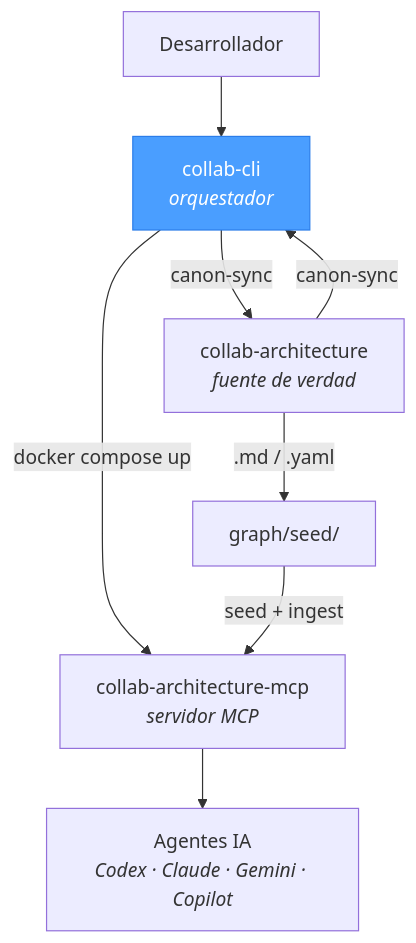
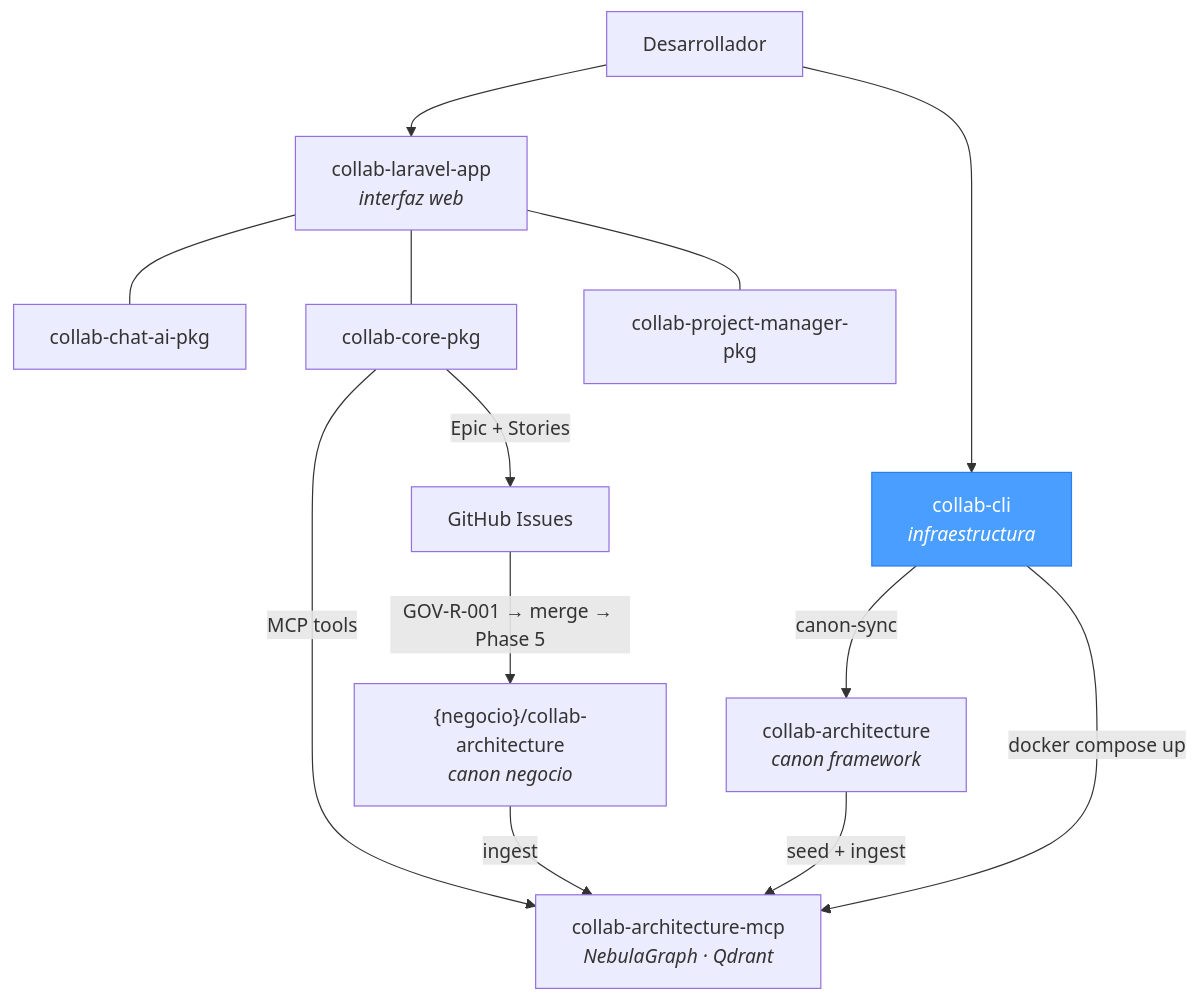
One commit to uxmaltech/collab-cli changed the diagram in README.md. Above: the diagram before and after it, drawn with Mermaid.

Commit message:
docs: add UI layer and knowledge flywheel to ecosystem diagram
Include collab-laravel-app, collab-chat-ai-pkg, collab-core-pkg,
collab-project-manager-pkg, business canon repos, and GOV-R-001
flywheel flow in Ecosistema Collab Mermaid diagram.

````diff
--- a/README.md
+++ b/README.md
@@ -7,12 +7,20 @@
 ```mermaid
 graph TD
-    DEV[Desarrollador] --> CLI[collab-cli<br><i>orquestador</i>]
-    CLI -- canon-sync --> CA[collab-architecture<br><i>fuente de verdad</i>]
-    CA -- canon-sync --> CLI
-    CLI -- docker compose up --> MCP[collab-architecture-mcp<br><i>servidor MCP</i>]
-    CA -- ".md / .yaml" --> SEED[graph/seed/]
-    SEED -- seed + ingest --> MCP
-    MCP --> AI[Agentes IA<br><i>Codex · Claude · Gemini · Copilot</i>]
+    DEV[Desarrollador] --> APP[collab-laravel-app<br><i>interfaz web</i>]
+    DEV --> CLI[collab-cli<br><i>infraestructura</i>]
+
+    APP --- CHAT[collab-chat-ai-pkg]
+    APP --- CORE[collab-core-pkg]
+    APP --- PM[collab-project-manager-pkg]
+
+    CLI -- canon-sync --> CA[collab-architecture<br><i>canon framework</i>]
+    CLI -- docker compose up --> MCP[collab-architecture-mcp<br><i>NebulaGraph · Qdrant</i>]
+    CA -- seed + ingest --> MCP
+
+    CORE -- MCP tools --> MCP
+    CORE -- "Epic + Stories" --> GH[GitHub Issues]
+    GH -- "GOV-R-001 → merge → Phase 5" --> BCA["{negocio}/collab-architecture<br><i>canon negocio</i>"]
+    BCA -- ingest --> MCP
 
     style CLI fill:#4a9eff,stroke:#2b7de9,color:#fff
 ```
````
